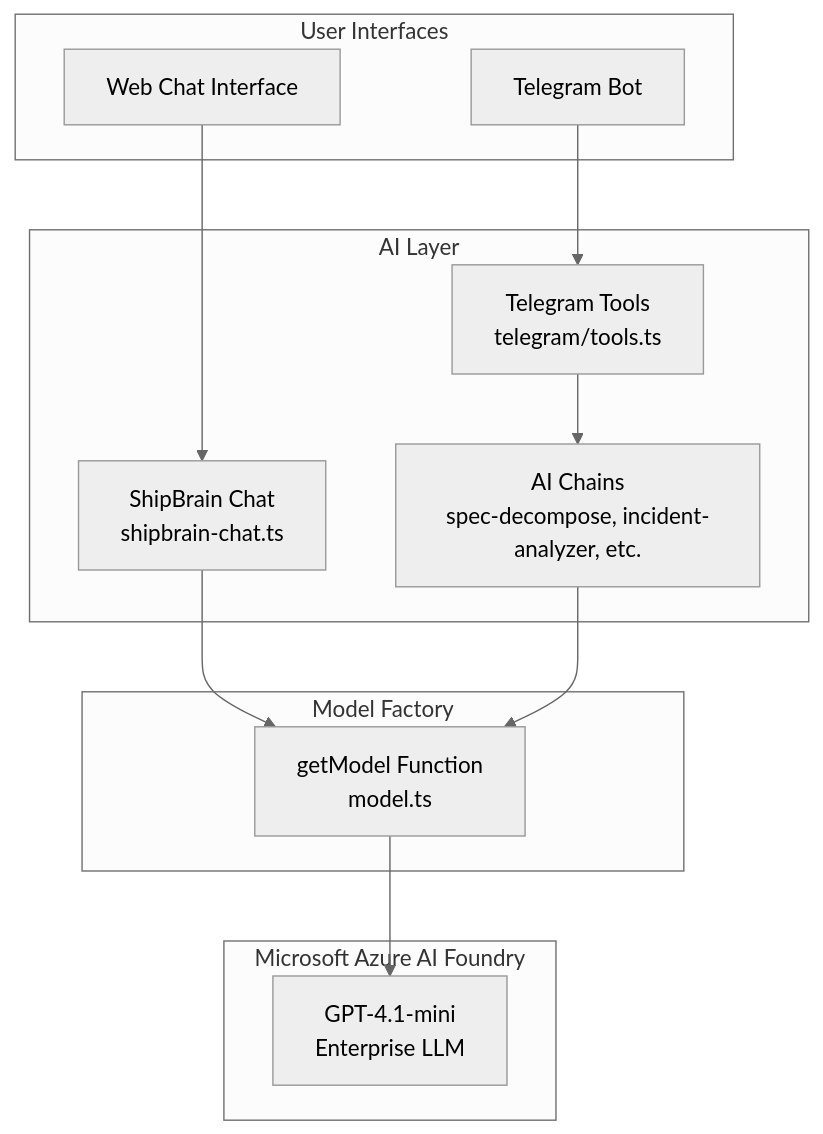
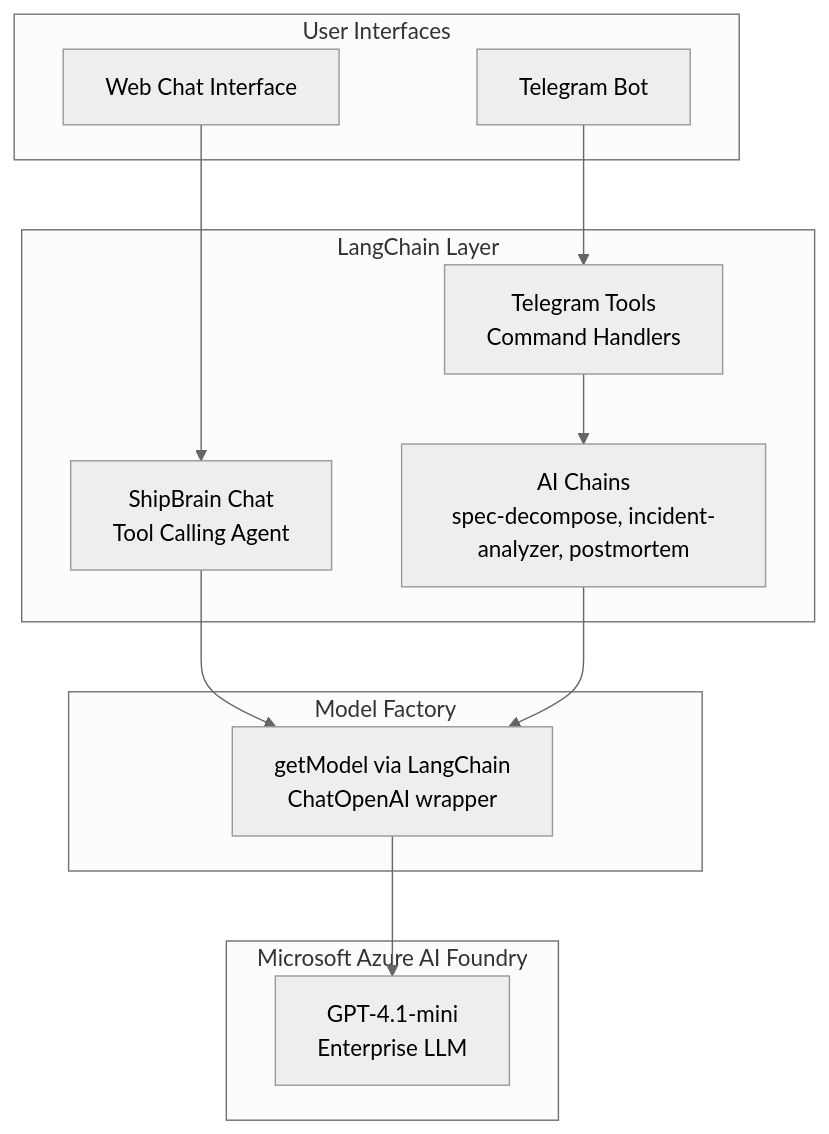
Before and after one commit to JeevantheDev/ShipBrain: diagram 15 of 19 in SHIPBRAIN_PRD_FINAL.md, drawn with Mermaid (neutral theme). The commit also changed other lines of this file, not shown here.

````diff
--- a/SHIPBRAIN_PRD_FINAL.md
+++ b/SHIPBRAIN_PRD_FINAL.md
@@ -617,28 +660,28 @@
 ```mermaid
 flowchart TB
     subgraph "User Interfaces"
         CHAT[Web Chat Interface]
         TG[Telegram Bot]
     end
 
-    subgraph "AI Layer"
-        SC[ShipBrain Chat<br/>shipbrain-chat.ts]
-        TOOLS[Telegram Tools<br/>telegram/tools.ts]
-        CHAINS[AI Chains<br/>spec-decompose, incident-analyzer, etc.]
+    subgraph "LangChain Layer"
+        SC[ShipBrain Chat<br/>Tool Calling Agent]
+        TOOLS[Telegram Tools<br/>Command Handlers]
+        CHAINS[AI Chains<br/>spec-decompose, incident-analyzer, postmortem]
     end
 
     subgraph "Model Factory"
-        MF[getModel Function<br/>model.ts]
+        MF[getModel via LangChain<br/>ChatOpenAI wrapper]
     end
 
     subgraph "Microsoft Azure AI Foundry"
         AF[GPT-4.1-mini<br/>Enterprise LLM]
     end
 
     CHAT --> SC
     TG --> TOOLS
     SC --> MF
     TOOLS --> CHAINS
     CHAINS --> MF
     MF --> AF
 ```
````
